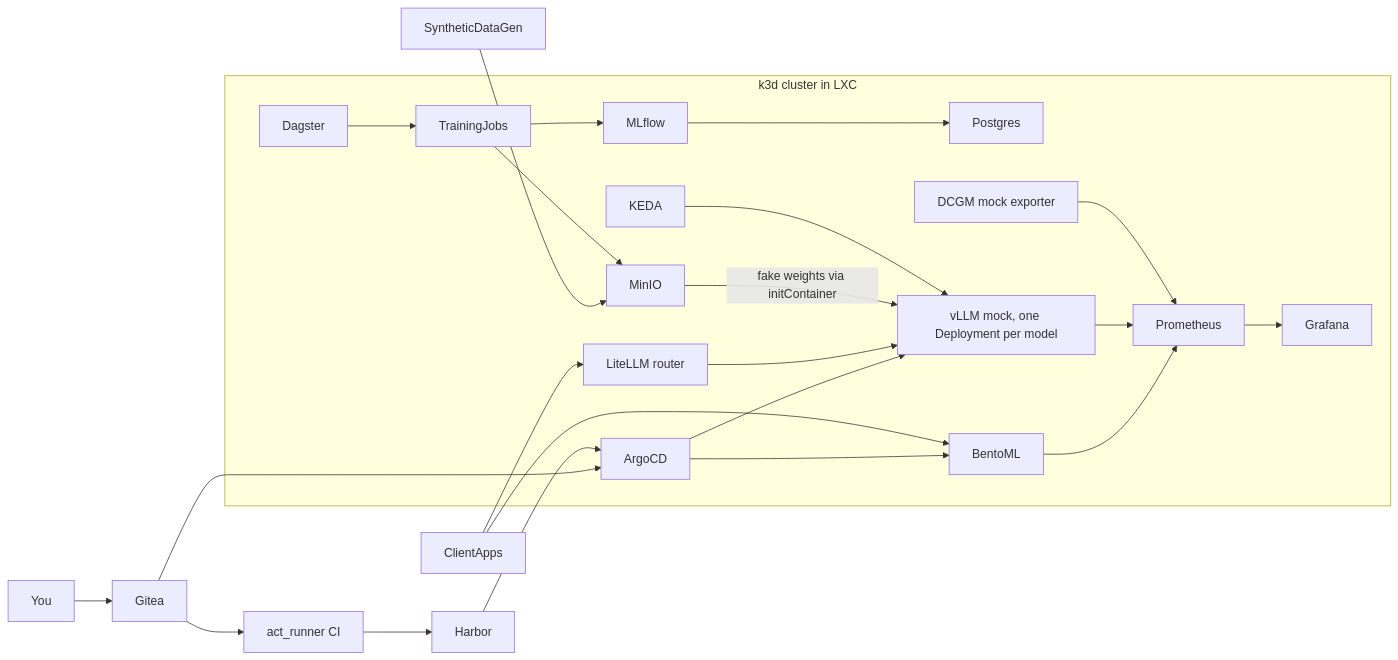
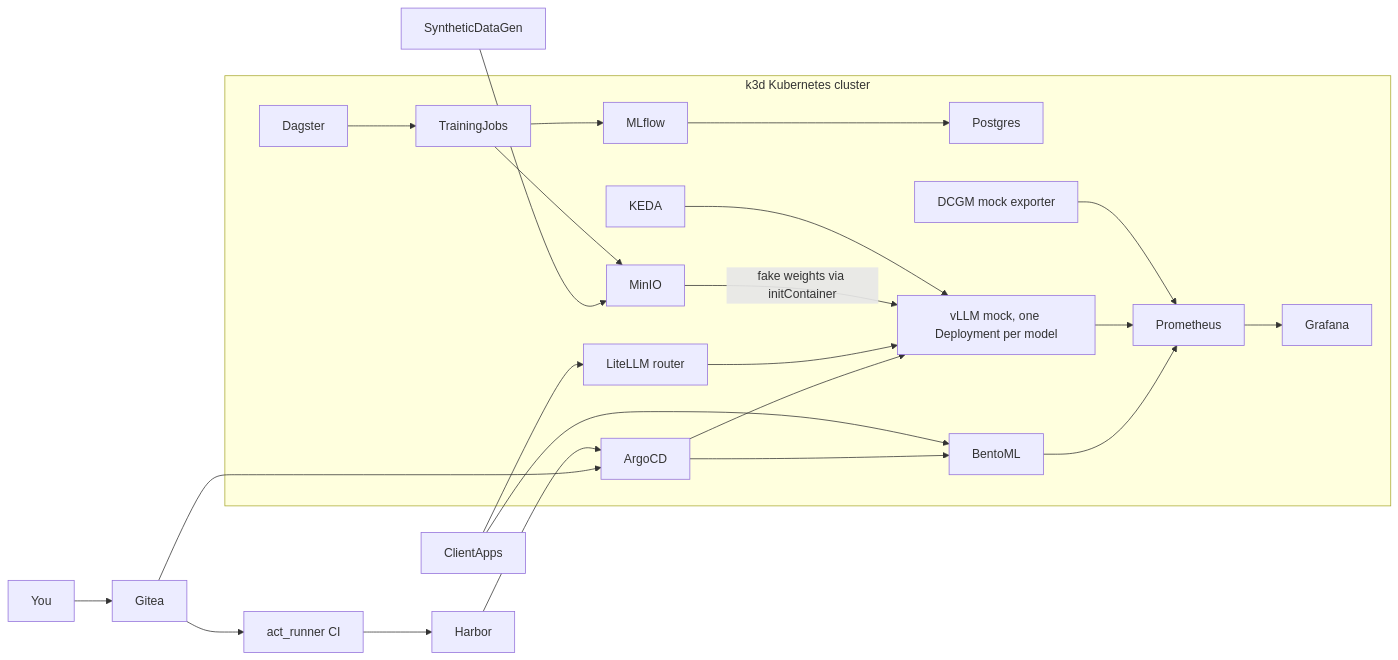
One commit to codemonkey-df/mlops-hands-on-course changed the diagram in docs/index.md. Above: the diagram before and after it, drawn with Mermaid. The commit also changed other lines of this file and 98 other files, not shown here.

````diff
--- a/docs/index.md
+++ b/docs/index.md
@@ -5,26 +5,26 @@
 ```mermaid
 flowchart LR
     gen[SyntheticDataGen] --> minio
     dev[You] --> gitea[Gitea]
     gitea --> runner[act_runner CI]
     runner --> harbor[Harbor]
     gitea --> argocd
     harbor --> argocd
-    subgraph k3d [k3d cluster in LXC]
+    subgraph k3d [k3d Kubernetes cluster]
         dagster[Dagster] --> jobs[TrainingJobs]
         jobs --> mlflow[MLflow]
         jobs --> minio[MinIO]
         mlflow --> postgres[Postgres]
         argocd[ArgoCD] --> bento[BentoML]
         argocd --> vllm["vLLM mock, one Deployment per model"]
         router[LiteLLM router] --> vllm
         minio -->|"fake weights via initContainer"| vllm
         keda[KEDA] --> vllm
         prom[Prometheus] --> grafana[Grafana]
         bento --> prom
         vllm --> prom
         dcgm["DCGM mock exporter"] --> prom
     end
     apps[ClientApps] --> router
     apps --> bento
 ```
````
